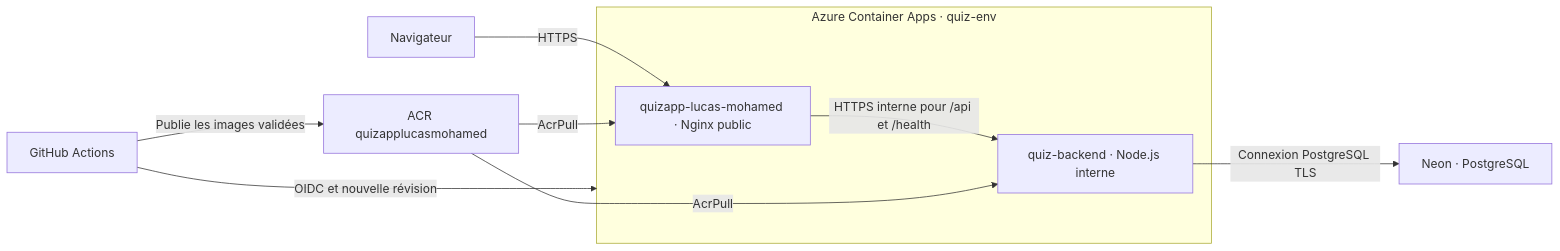
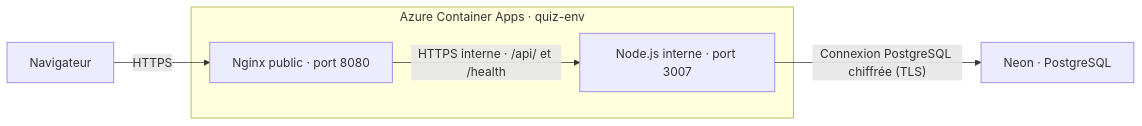
The diagram in docs/13-architecture-cloud.md (LuBoys/eval-quiz-app), drawn with Mermaid before and after one commit. The commit also changed other lines of this file and 8 other files, not shown here.

````diff
--- a/docs/13-architecture-cloud.md
+++ b/docs/13-architecture-cloud.md
@@ -3,18 +20,12 @@
 ```mermaid
 flowchart LR
-  Visiteur[Navigateur]
-  CI[GitHub Actions]
-  Registre[ACR quizapplucasmohamed]
+  Visiteur["Navigateur"]
   subgraph Azure["Azure Container Apps · quiz-env"]
-    Frontend["quizapp-lucas-mohamed · Nginx public"]
-    Backend["quiz-backend · Node.js interne"]
+    Frontend["Nginx public · port 8080"]
+    Backend["Node.js interne · port 3007"]
   end
   Neon["Neon · PostgreSQL"]
   Visiteur -->|HTTPS| Frontend
-  Frontend -->|HTTPS interne pour /api et /health| Backend
-  Backend -->|Connexion PostgreSQL TLS| Neon
-  CI -->|Publie les images validées| Registre
-  CI -->|OIDC et nouvelle révision| Azure
-  Registre -->|AcrPull| Frontend
-  Registre -->|AcrPull| Backend
+  Frontend -->|"HTTPS interne · /api/ et /health"| Backend
+  Backend -->|"Connexion PostgreSQL chiffrée (TLS)"| Neon
 ```
````
